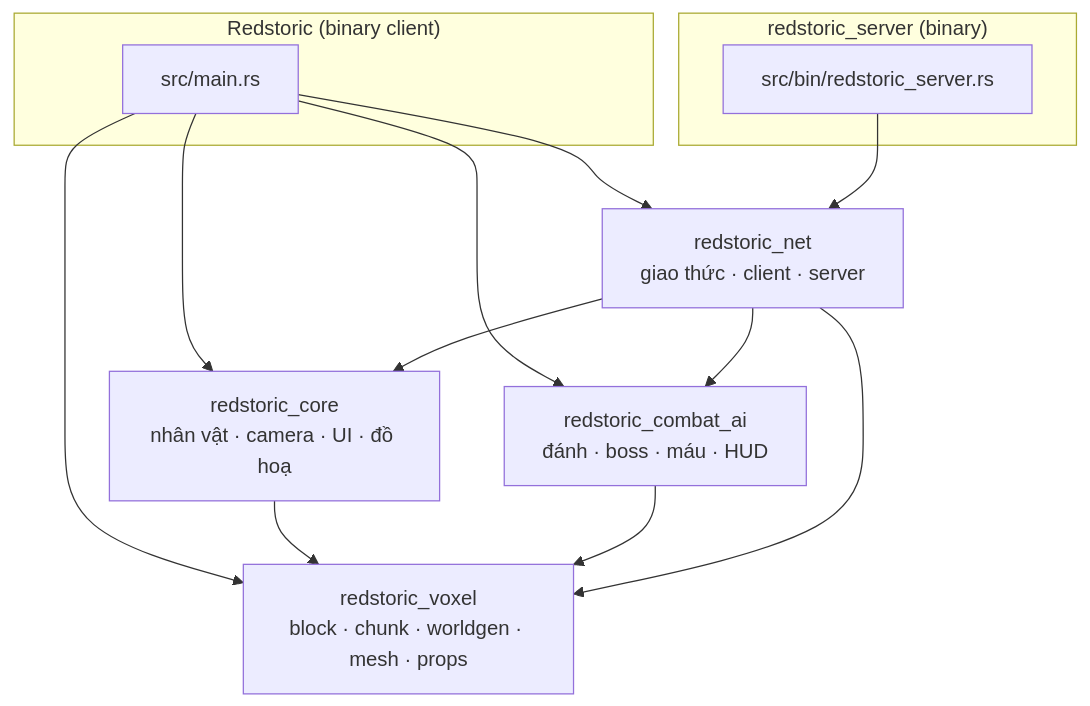
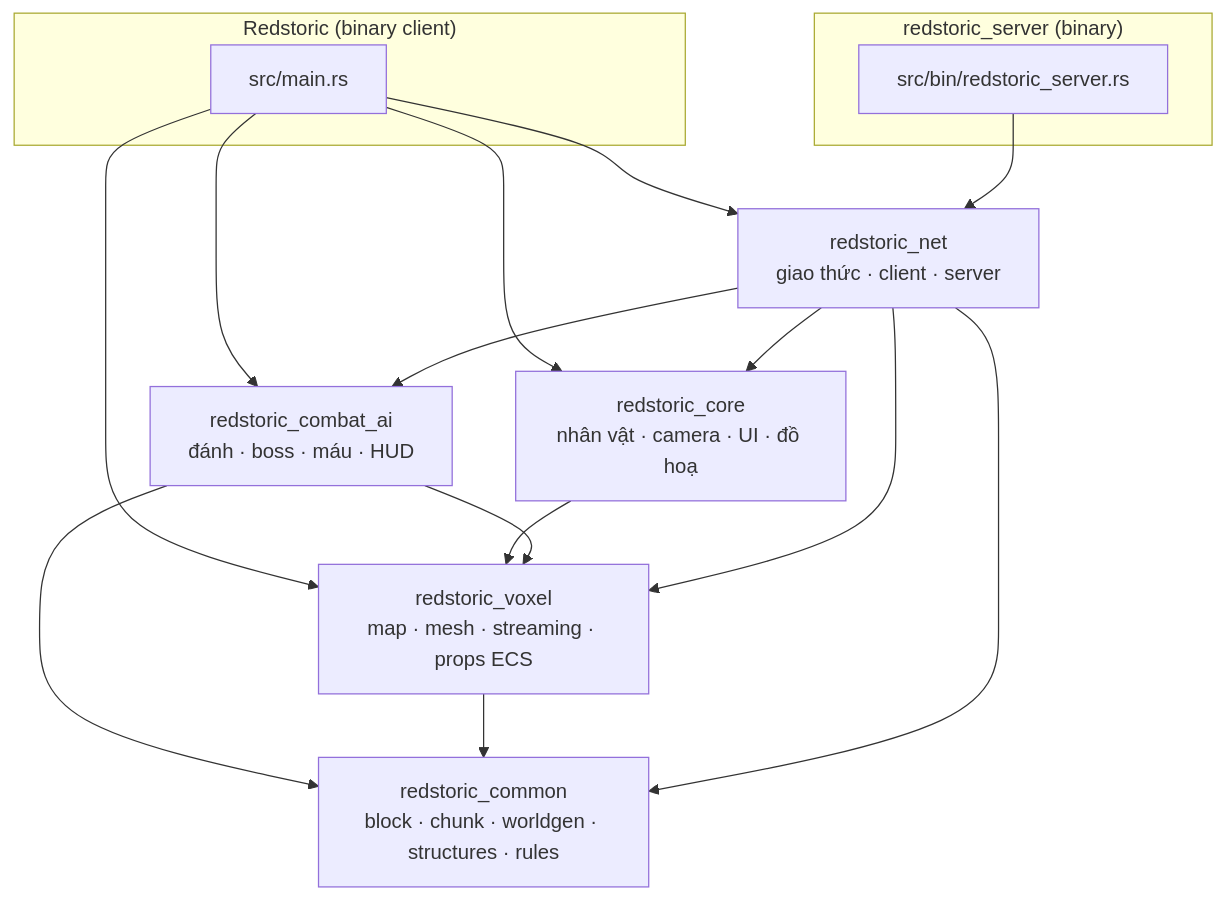
Before and after one commit to horashidev-netizen/Redstoric: the first of 3 diagrams in README.md, drawn with Mermaid. The commit also changed other lines of this file and 111 other files, not shown here.

````diff
--- a/README.md
+++ b/README.md
@@ -108,19 +134,21 @@
 ```mermaid
 flowchart TD
     subgraph Game["Redstoric (binary client)"]
         MAIN[src/main.rs]
     end
     subgraph Srv["redstoric_server (binary)"]
         SMAIN[src/bin/redstoric_server.rs]
     end
+    COM[redstoric_common<br/>block · chunk · worldgen · structures · rules]
     CORE[redstoric_core<br/>nhân vật · camera · UI · đồ hoạ]
-    VOX[redstoric_voxel<br/>block · chunk · worldgen · mesh · props]
+    VOX[redstoric_voxel<br/>map · mesh · streaming · props ECS]
     CMB[redstoric_combat_ai<br/>đánh · boss · máu · HUD]
     NET[redstoric_net<br/>giao thức · client · server]
 
     MAIN --> CORE & VOX & CMB & NET
     SMAIN --> NET
     CORE --> VOX
-    CMB --> VOX
-    NET --> VOX & CMB & CORE
+    CMB --> VOX & COM
+    VOX --> COM
+    NET --> COM & VOX & CMB & CORE
 ```
````
